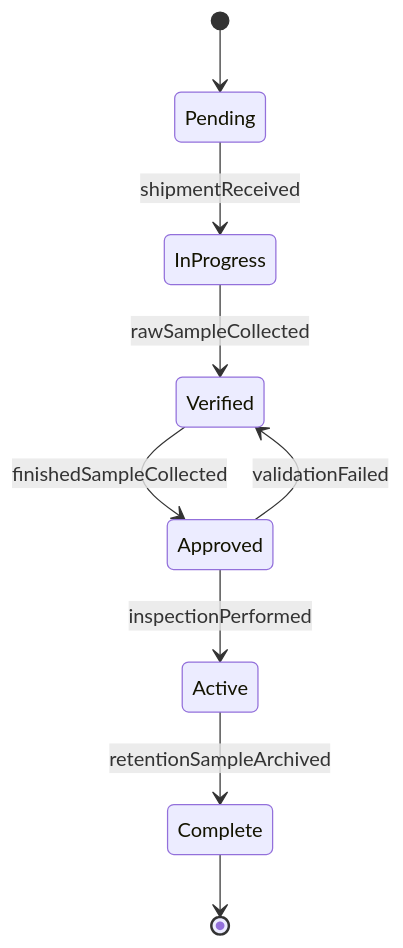
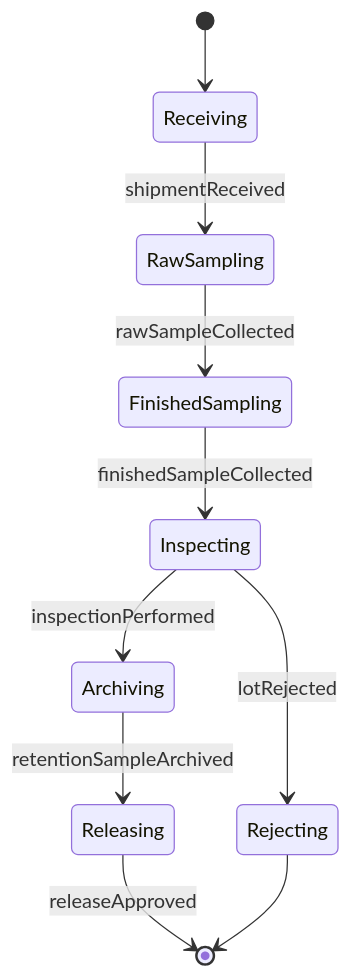
The second of 4 diagrams in HandlingAndMovingObjects/CollectSamplesOfProductsOrMaterials/CollectSamplesRawMaterialsFinished.mdx (dot-org-ai/tasks.org.ai), drawn with Mermaid before and after one commit. The commit also changed other lines of this file and 515 other files, not shown here.

````diff
--- a/HandlingAndMovingObjects/CollectSamplesOfProductsOrMaterials/CollectSamplesRawMaterialsFinished.mdx
+++ b/HandlingAndMovingObjects/CollectSamplesOfProductsOrMaterials/CollectSamplesRawMaterialsFinished.mdx
@@ -98,11 +99,12 @@
 ```mermaid
 stateDiagram-v2
-    [*] --> Pending
-    Pending --> InProgress : shipmentReceived
-    InProgress --> Verified : rawSampleCollected
-    Verified --> Approved : finishedSampleCollected
-    Approved --> Active : inspectionPerformed
-    Active --> Complete : retentionSampleArchived
-    Approved --> Verified : validationFailed
-    Complete --> [*]
+    [*] --> Receiving
+    Receiving --> RawSampling : shipmentReceived
+    RawSampling --> FinishedSampling : rawSampleCollected
+    FinishedSampling --> Inspecting : finishedSampleCollected
+    Inspecting --> Archiving : inspectionPerformed
+    Archiving --> Releasing : retentionSampleArchived
+    Releasing --> [*] : releaseApproved
+    Inspecting --> Rejecting : lotRejected
+    Rejecting --> [*]
 ```
````
